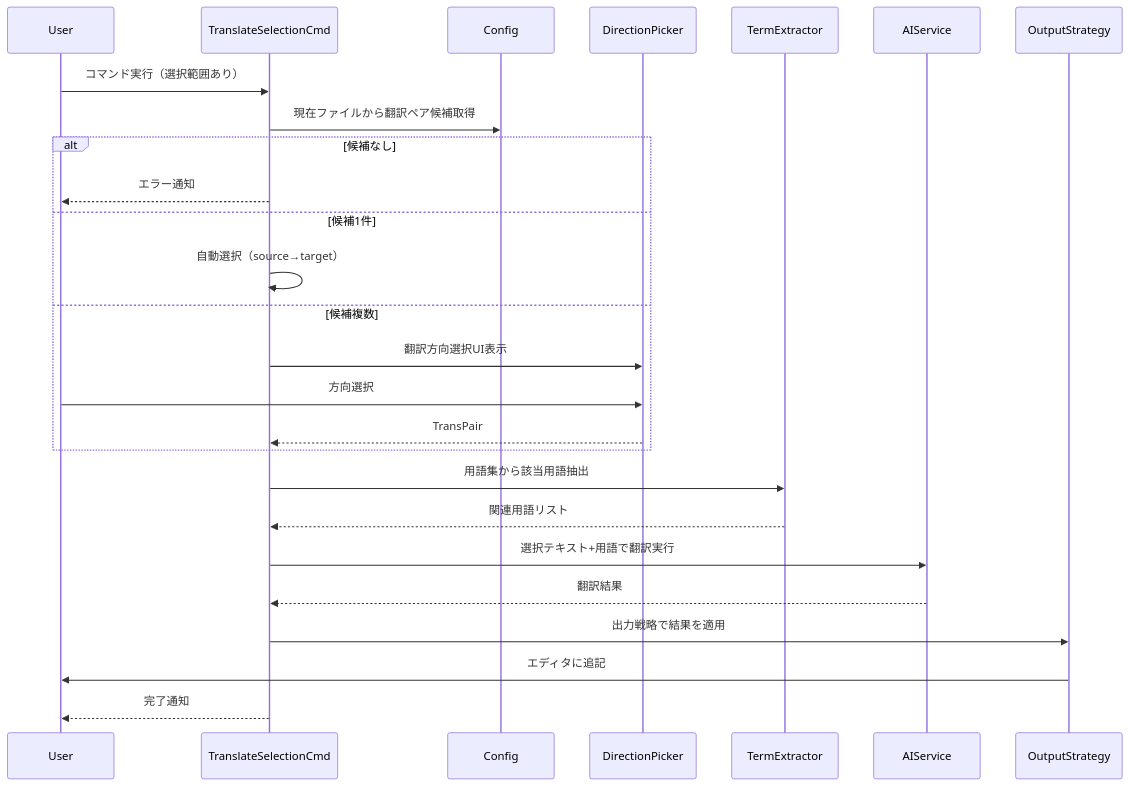
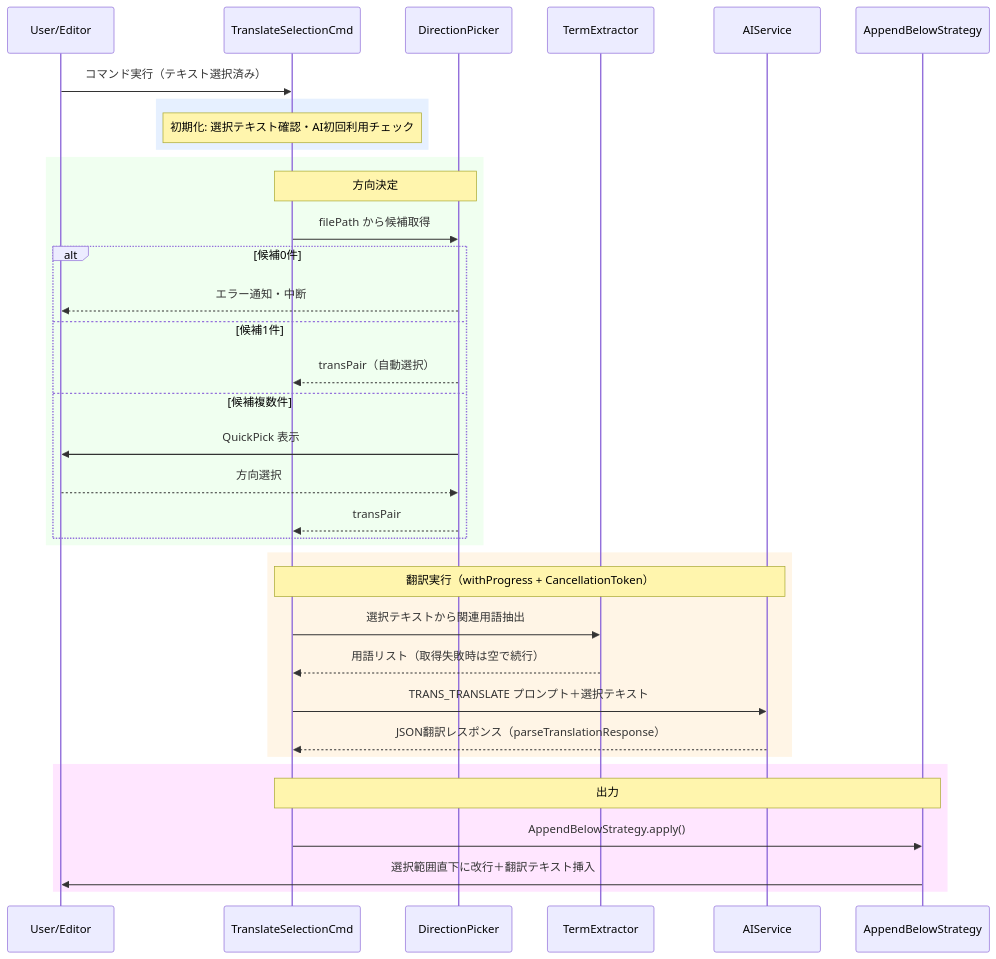
One commit to mochimochiki/mdait changed the diagram in docs/command_trans-selection.md. Above: the diagram before and after it, drawn with Mermaid. The commit also changed other lines of this file and 13 other files, not shown here.

````diff
--- a/docs/command_trans-selection.md
+++ b/docs/command_trans-selection.md
@@ -38,32 +80,43 @@
 ```mermaid
 sequenceDiagram
-    participant User
+    participant User as User/Editor
     participant Cmd as TranslateSelectionCmd
-    participant Config
     participant Picker as DirectionPicker
-    participant TermExtractor
+    participant Terms as TermExtractor
     participant AI as AIService
-    participant Output as OutputStrategy
+    participant Output as AppendBelowStrategy
 
-    User->>Cmd: コマンド実行（選択範囲あり）
-    Cmd->>Config: 現在ファイルから翻訳ペア候補取得
-    alt 候補なし
-        Cmd-->>User: エラー通知
-    else 候補1件
-        Cmd->>Cmd: 自動選択（source→target）
-    else 候補複数
-        Cmd->>Picker: 翻訳方向選択UI表示
-        User->>Picker: 方向選択
-        Picker-->>Cmd: TransPair
+    User->>Cmd: コマンド実行（テキスト選択済み）
+
+    rect rgb(230, 240, 255)
+        Note over Cmd: 初期化: 選択テキスト確認・AI初回利用チェック
     end
 
-    Cmd->>TermExtractor: 用語集から該当用語抽出
-    TermExtractor-->>Cmd: 関連用語リスト
+    rect rgb(240, 255, 240)
+        Note over Cmd,Picker: 方向決定
+        Cmd->>Picker: filePath から候補取得
+        alt 候補0件
+            Picker-->>User: エラー通知・中断
+        else 候補1件
+            Picker-->>Cmd: transPair（自動選択）
+        else 候補複数件
+            Picker->>User: QuickPick 表示
+            User-->>Picker: 方向選択
+            Picker-->>Cmd: transPair
+        end
+    end
 
-    Cmd->>AI: 選択テキスト+用語で翻訳実行
-    AI-->>Cmd: 翻訳結果
+    rect rgb(255, 245, 230)
+        Note over Cmd,AI: 翻訳実行（withProgress + CancellationToken）
+        Cmd->>Terms: 選択テキストから関連用語抽出
+        Terms-->>Cmd: 用語リスト（取得失敗時は空で続行）
+        Cmd->>AI: TRANS_TRANSLATE プロンプト＋選択テキスト
+        AI-->>Cmd: JSON翻訳レスポンス（parseTranslationResponse）
+    end
 
-    Cmd->>Output: 出力戦略で結果を適用
-    Output->>User: エディタに追記
-    Cmd-->>User: 完了通知
+    rect rgb(255, 230, 255)
+        Note over Cmd,Output: 出力
+        Cmd->>Output: AppendBelowStrategy.apply()
+        Output->>User: 選択範囲直下に改行＋翻訳テキスト挿入
+    end
 ```
````
